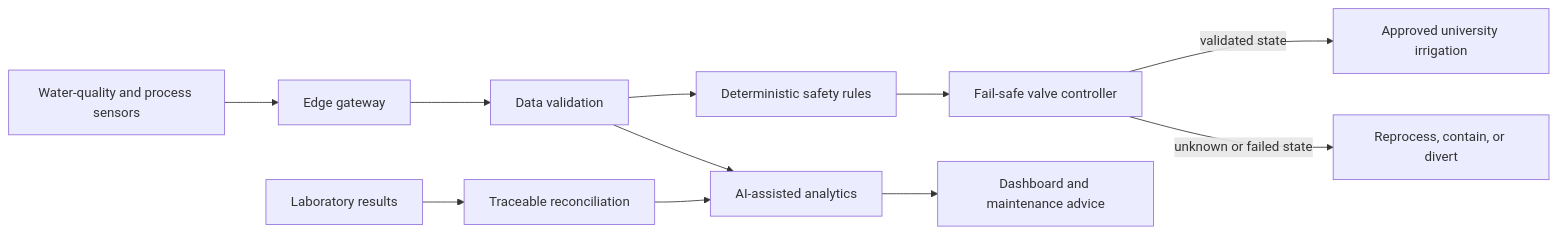
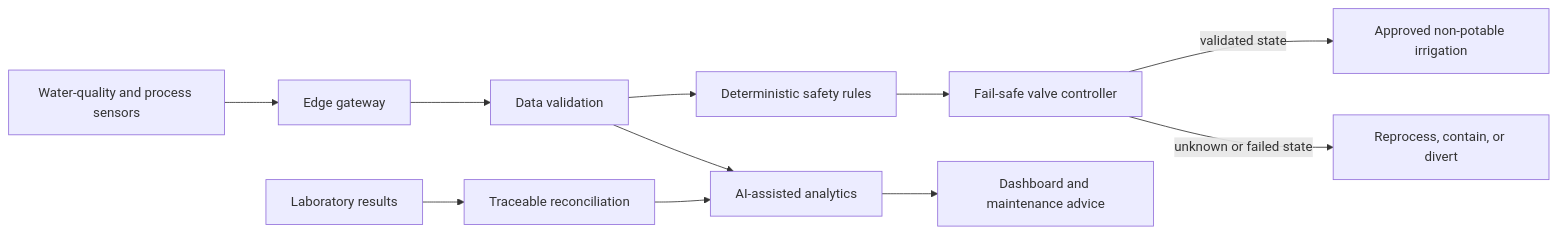
Before and after one commit to SultanAlfaifi/mawrid-water-reuse: the diagram in docs/ai-and-iot-architecture.md, drawn with Mermaid. The commit also changed other lines of this file and 38 other files, not shown here.

````diff
--- a/docs/ai-and-iot-architecture.md
+++ b/docs/ai-and-iot-architecture.md
@@ -17,13 +17,13 @@
 ```mermaid
 flowchart LR
     S[Water-quality and process sensors] --> E[Edge gateway]
     E --> V[Data validation]
     V --> R[Deterministic safety rules]
     V --> A[AI-assisted analytics]
     L[Laboratory results] --> Q[Traceable reconciliation]
     Q --> A
     A --> D[Dashboard and maintenance advice]
     R --> C[Fail-safe valve controller]
-    C -->|validated state| U[Approved university irrigation]
+    C -->|validated state| U[Approved non-potable irrigation]
     C -->|unknown or failed state| X[Reprocess, contain, or divert]
 ```
````
